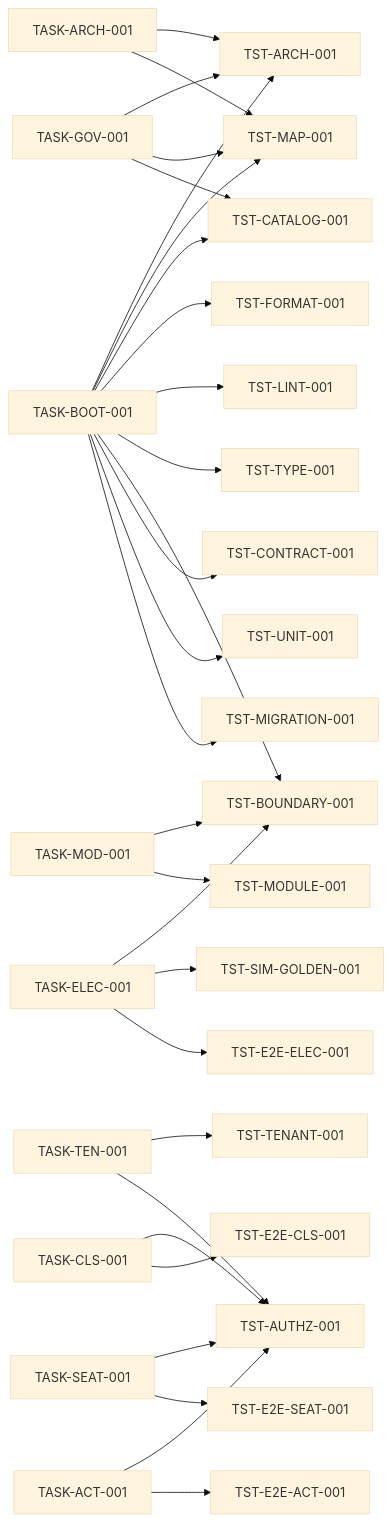
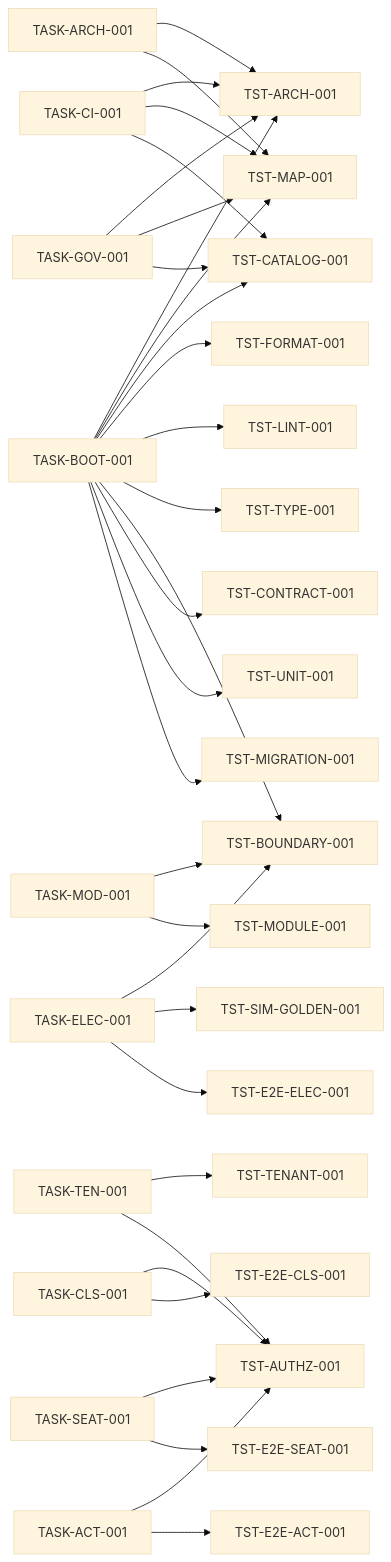
One commit to spikeal8-maker/asa-lab changed the third of 3 diagrams in docs/project-map/QUALITY_MAP.md. Above: the diagram before and after it, drawn with Mermaid (base theme). The commit also changed other lines of this file and 2 other files, not shown here.

Commit message:
@ docs(governance): record local-first verification model
BOT_RUNBOOK, TEST_STRATEGY и QUALITY_MAP фиксируют: до отдельной необходимости
проект использует local-first verification. GitHub-hosted CI отклонён из-за
внешнего billing-blocker и трактуется как информационный. Обязательный gate —
фактический локальный запуск tools/run_task_tests.py; валидаторы не
отключаются, критерии PASS не ослабляются. Добавлен локальный fallback-процесс.
@

````diff
--- a/docs/project-map/QUALITY_MAP.md
+++ b/docs/project-map/QUALITY_MAP.md
@@ -61,62 +61,66 @@
 ```mermaid
 flowchart LR
+    CI[TASK-CI-001]
     ARCH[TASK-ARCH-001]
     GOV[TASK-GOV-001]
     BOOT[TASK-BOOT-001]
     TEN[TASK-TEN-001]
     CLS[TASK-CLS-001]
     SEAT[TASK-SEAT-001]
     MOD[TASK-MOD-001]
     ACT[TASK-ACT-001]
     ELEC[TASK-ELEC-001]
 
     A1[TST-ARCH-001]
     M1[TST-MAP-001]
     C1[TST-CATALOG-001]
     F1[TST-FORMAT-001]
     L1[TST-LINT-001]
     TY1[TST-TYPE-001]
     B1[TST-BOUNDARY-001]
     CT1[TST-CONTRACT-001]
     U1[TST-UNIT-001]
     DB1[TST-MIGRATION-001]
     T1[TST-TENANT-001]
     AZ1[TST-AUTHZ-001]
     EC1[TST-E2E-CLS-001]
     ES1[TST-E2E-SEAT-001]
     MO1[TST-MODULE-001]
     EA1[TST-E2E-ACT-001]
     SG1[TST-SIM-GOLDEN-001]
     EE1[TST-E2E-ELEC-001]
 
+    CI --> A1
+    CI --> M1
+    CI --> C1
     ARCH --> A1
     ARCH --> M1
     GOV --> A1
     GOV --> M1
     GOV --> C1
 
     BOOT --> A1
     BOOT --> M1
     BOOT --> C1
     BOOT --> F1
     BOOT --> L1
     BOOT --> TY1
     BOOT --> B1
     BOOT --> CT1
     BOOT --> U1
     BOOT --> DB1
 
     TEN --> T1
     TEN --> AZ1
     CLS --> AZ1
     CLS --> EC1
     SEAT --> AZ1
     SEAT --> ES1
     MOD --> B1
     MOD --> MO1
     ACT --> AZ1
     ACT --> EA1
     ELEC --> B1
     ELEC --> SG1
     ELEC --> EE1
 ```
````
